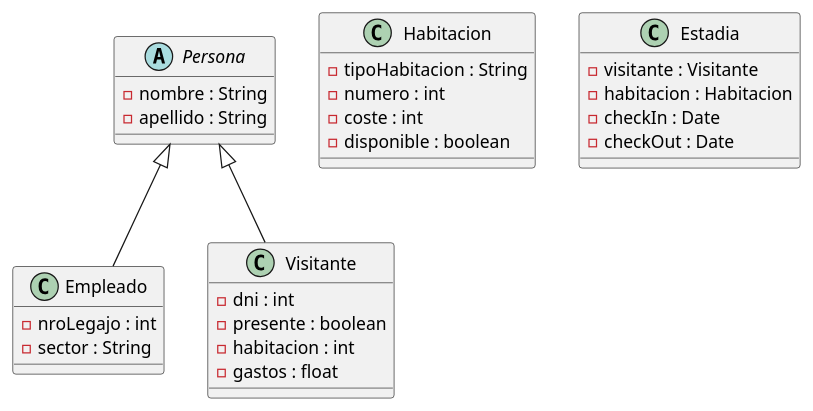
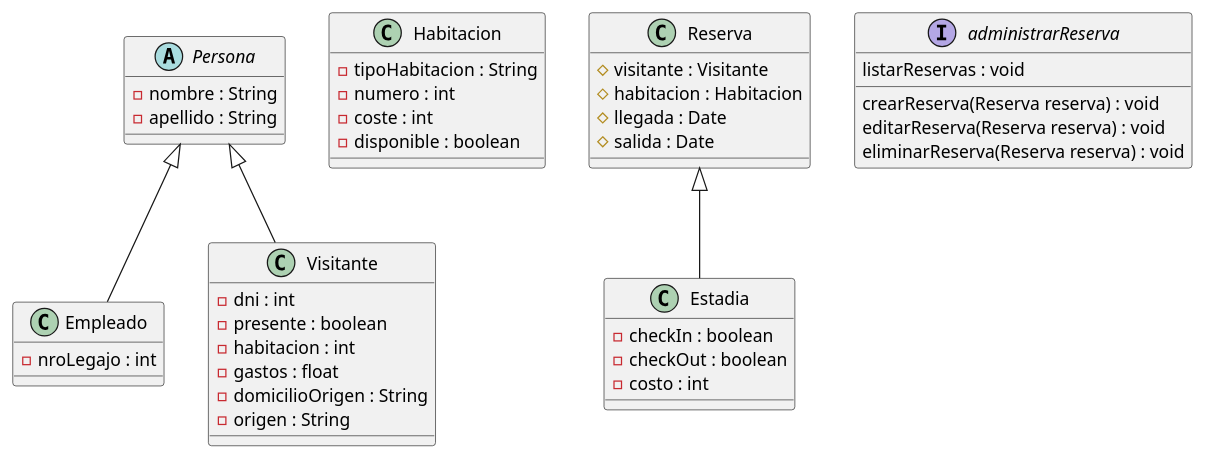
Before and after one commit to 0xmatk/SistemaHotel: the diagram in src/uml.puml, drawn with PlantUML. The commit also changed 6 other files, not shown here.

```diff
--- a/src/uml.puml
+++ b/src/uml.puml
@@ -1,40 +1,58 @@
 @startuml
 
 abstract class Persona{
     - nombre : String
     - apellido : String
 }
 
 class Empleado extends Persona {
     - nroLegajo : int
-    - sector : String
+
 }
 
 class Visitante extends Persona {
     - dni : int
     - presente : boolean
     - habitacion : int
     - gastos : float
+    - domicilioOrigen : String
+    - origen : String
+
 
 }
 
 class Habitacion {
     - tipoHabitacion : String
     - numero : int
     - coste : int
     - disponible : boolean
 }
 
-class Estadia {
-    - visitante : Visitante
-    - habitacion : Habitacion
-    - checkIn : Date
-    - checkOut : Date
+class Estadia extends Reserva{
+     - checkIn : boolean
+     - checkOut : boolean
+     - costo : int
+}
+
+class Reserva {
+     # visitante : Visitante
+     # habitacion : Habitacion
+     # llegada : Date
+     # salida : Date
+
+}
+
+interface administrarReserva {
+    crearReserva(Reserva reserva) : void
+    editarReserva(Reserva reserva) : void
+    eliminarReserva(Reserva reserva) : void
+    listarReservas : void
 }
 
 
 
 
 
 
+
 @enduml
```
